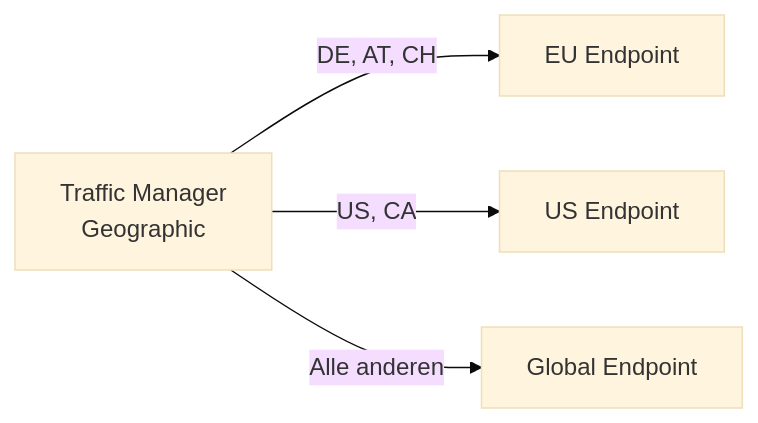
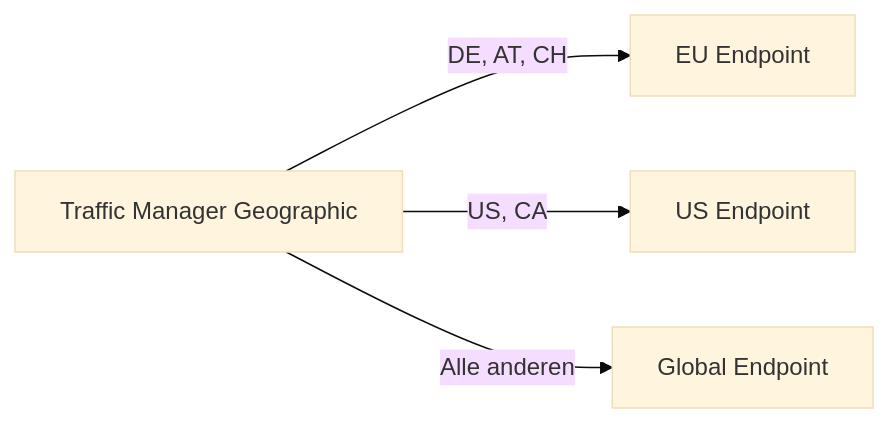
Before and after one commit to SoniiiT/notes-n-docs: the fourth of 7 diagrams in Microsoft 365/Azure/Netzwerk/Azure Traffic Manager.md, drawn with Mermaid (base theme). The commit also changed other lines of this file and 124 other files, not shown here.

First line of the commit message:
fix: Entferne \n aus allen Mermaid-Diagrammen (125 Dateien)

````diff
--- a/Microsoft 365/Azure/Netzwerk/Azure Traffic Manager.md
+++ b/Microsoft 365/Azure/Netzwerk/Azure Traffic Manager.md
@@ -133,6 +133,6 @@
 ```mermaid
 graph LR
-    TM[Traffic Manager\nGeographic] -->|DE, AT, CH| EU_ENDPOINT[EU Endpoint]
+    TM[Traffic Manager Geographic] -->|DE, AT, CH| EU_ENDPOINT[EU Endpoint]
     TM -->|US, CA| US_ENDPOINT[US Endpoint]
     TM -->|Alle anderen| GLOBAL_ENDPOINT[Global Endpoint]
 ```
````
